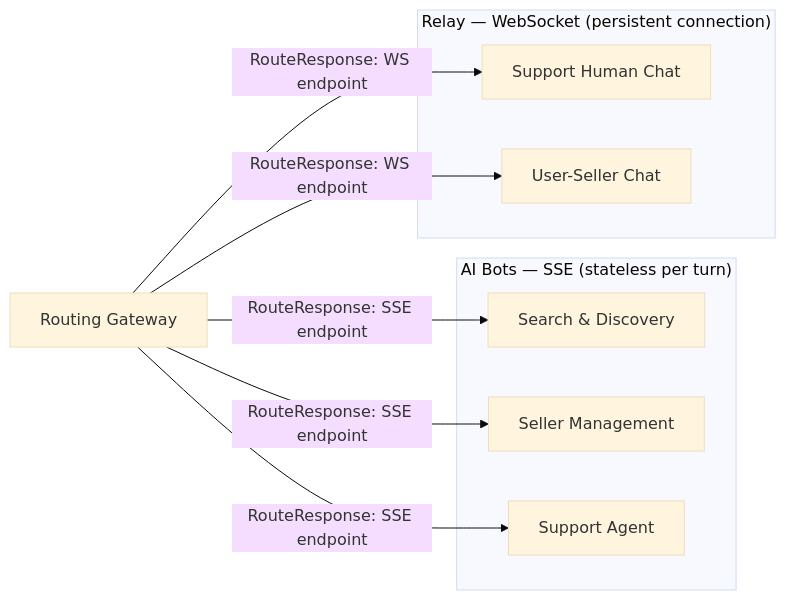
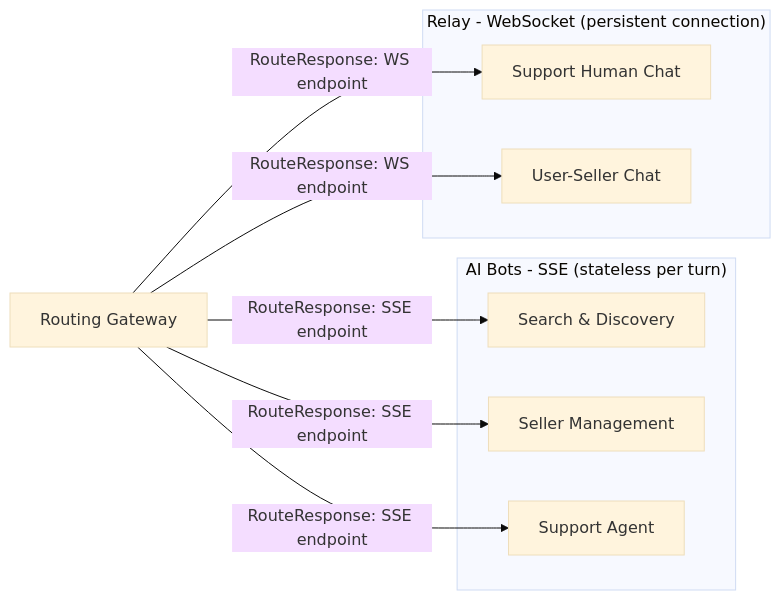
The first of 3 diagrams in docs/unified-platform.md (sachin-hg/chat-bot), drawn with Mermaid (base theme) before and after one commit. The commit also changed other lines of this file and 15 other files, not shown here.

````diff
--- a/docs/unified-platform.md
+++ b/docs/unified-platform.md
@@ -23,21 +23,21 @@
 ```mermaid
 graph LR
     GW[Routing Gateway]
 
-    subgraph SSE["AI Bots — SSE (stateless per turn)"]
+    subgraph SSE["AI Bots - SSE (stateless per turn)"]
         SD[Search & Discovery]
         SM[Seller Management]
         SA[Support Agent]
     end
 
-    subgraph WS["Relay — WebSocket (persistent connection)"]
+    subgraph WS["Relay - WebSocket (persistent connection)"]
         SH[Support Human Chat]
         US[User-Seller Chat]
     end
 
     GW -->|RouteResponse: SSE endpoint| SD
     GW -->|RouteResponse: SSE endpoint| SM
     GW -->|RouteResponse: SSE endpoint| SA
     GW -->|RouteResponse: WS endpoint| SH
     GW -->|RouteResponse: WS endpoint| US
 ```
````
